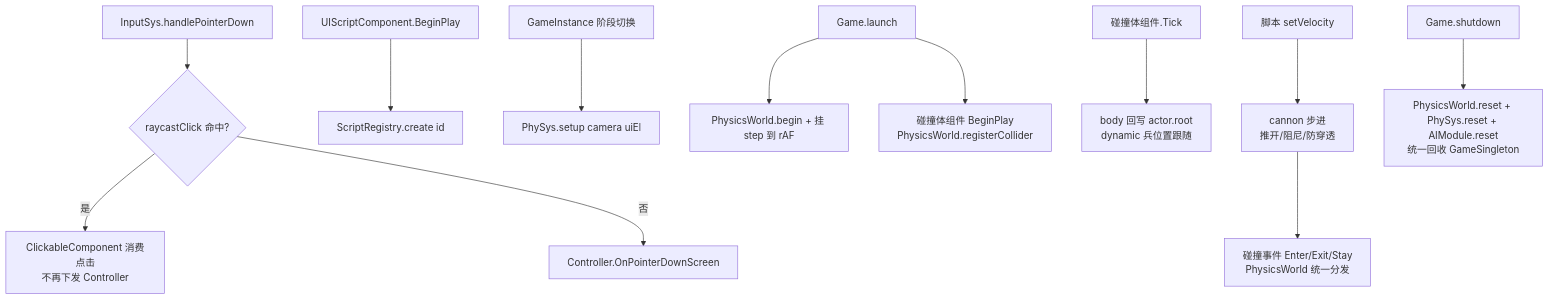
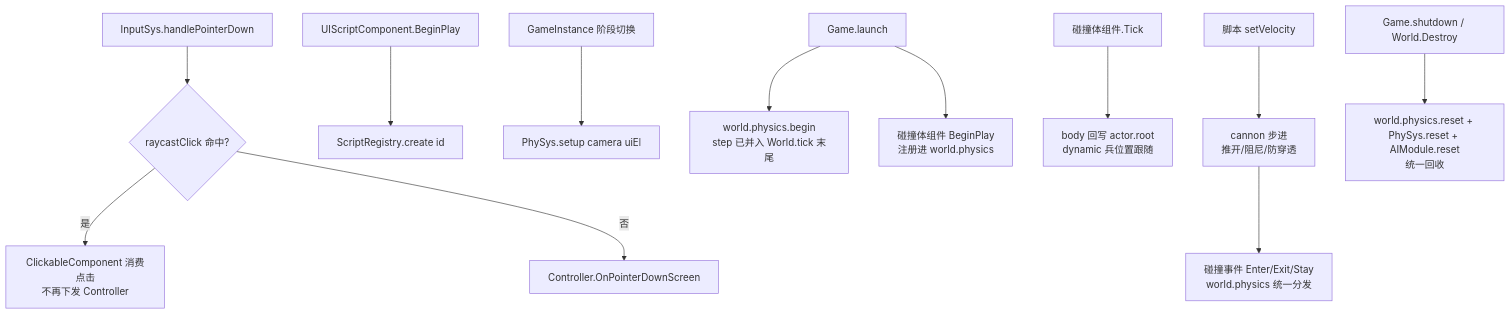
The diagram in doc/engine/input_physics_script_system.md (Kaplc/DemoStudio), drawn with Mermaid before and after one commit. The commit also changed other lines of this file and 28 other files, not shown here.

````diff
--- a/doc/engine/input_physics_script_system.md
+++ b/doc/engine/input_physics_script_system.md
@@ -149,16 +151,16 @@
 ```mermaid
 flowchart TD
     A[InputSys.handlePointerDown] --> B{raycastClick 命中?}
     B -->|是| C[ClickableComponent 消费点击<br/>不再下发 Controller]
     B -->|否| D[Controller.OnPointerDownScreen]
 
     E[UIScriptComponent.BeginPlay] --> F[ScriptRegistry.create id]
     G[GameInstance 阶段切换] --> H[PhySys.setup camera uiEl]
-    I[Game.launch] --> J[PhysicsWorld.begin + 挂 step 到 rAF]
-    I --> K[碰撞体组件 BeginPlay<br/>PhysicsWorld.registerCollider]
+    I[Game.launch] --> J[world.physics.begin<br/>step 已并入 World.tick 末尾]
+    I --> K[碰撞体组件 BeginPlay<br/>注册进 world.physics]
 
     L[碰撞体组件.Tick] --> M[body 回写 actor.root<br/>dynamic 兵位置跟随]
     N[脚本 setVelocity] --> O[cannon 步进<br/>推开/阻尼/防穿透]
-    O --> P[碰撞事件 Enter/Exit/Stay<br/>PhysicsWorld 统一分发]
-    Q[Game.shutdown] --> R[PhysicsWorld.reset + PhySys.reset + AIModule.reset<br/>统一回收 GameSingleton]
+    O --> P[碰撞事件 Enter/Exit/Stay<br/>world.physics 统一分发]
+    Q[Game.shutdown / World.Destroy] --> R[world.physics.reset + PhySys.reset + AIModule.reset<br/>统一回收]
 ```
````
